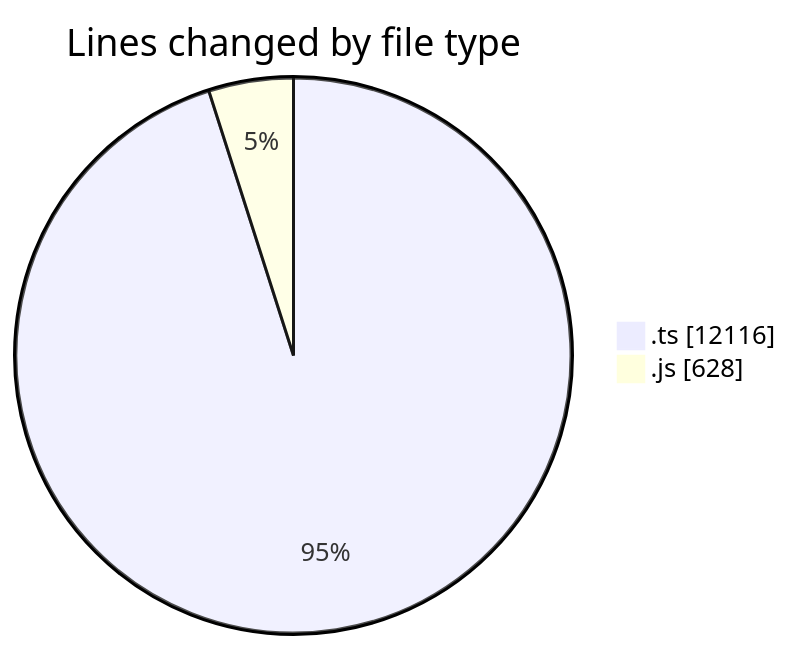
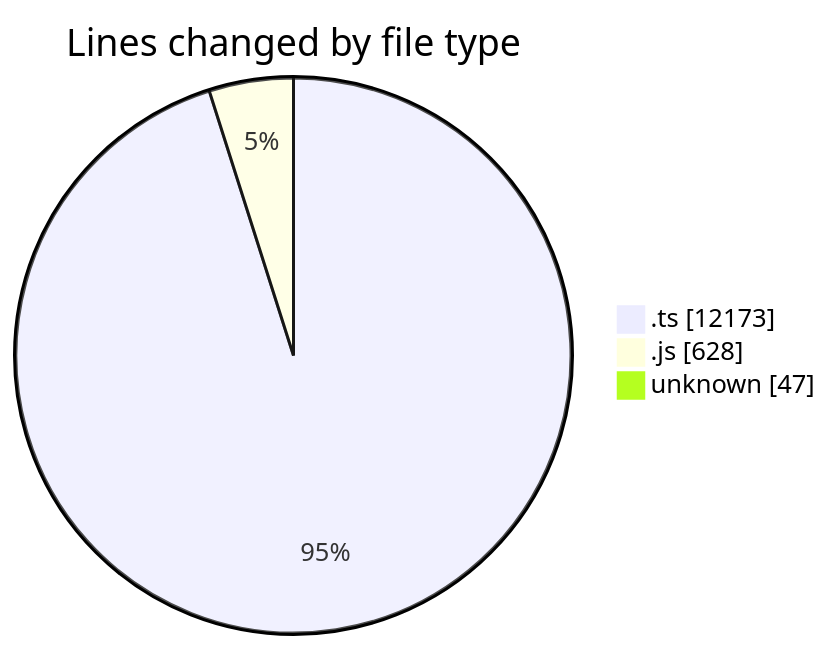
One commit to momahboobian/code-tracking changed the first of 2 diagrams in 2025-09-05/cda/README.md. Above: the diagram before and after it, drawn with Mermaid. The commit also changed other lines of this file and 1 other file, not shown here.

````diff
--- a/2025-09-05/cda/README.md
+++ b/2025-09-05/cda/README.md
@@ -24,6 +25,7 @@
 ```mermaid
 pie showData
 title Lines changed by file type
-".ts" : 12116
+".ts" : 12173
 ".js" : 628
+"unknown" : 47
 ```
````
